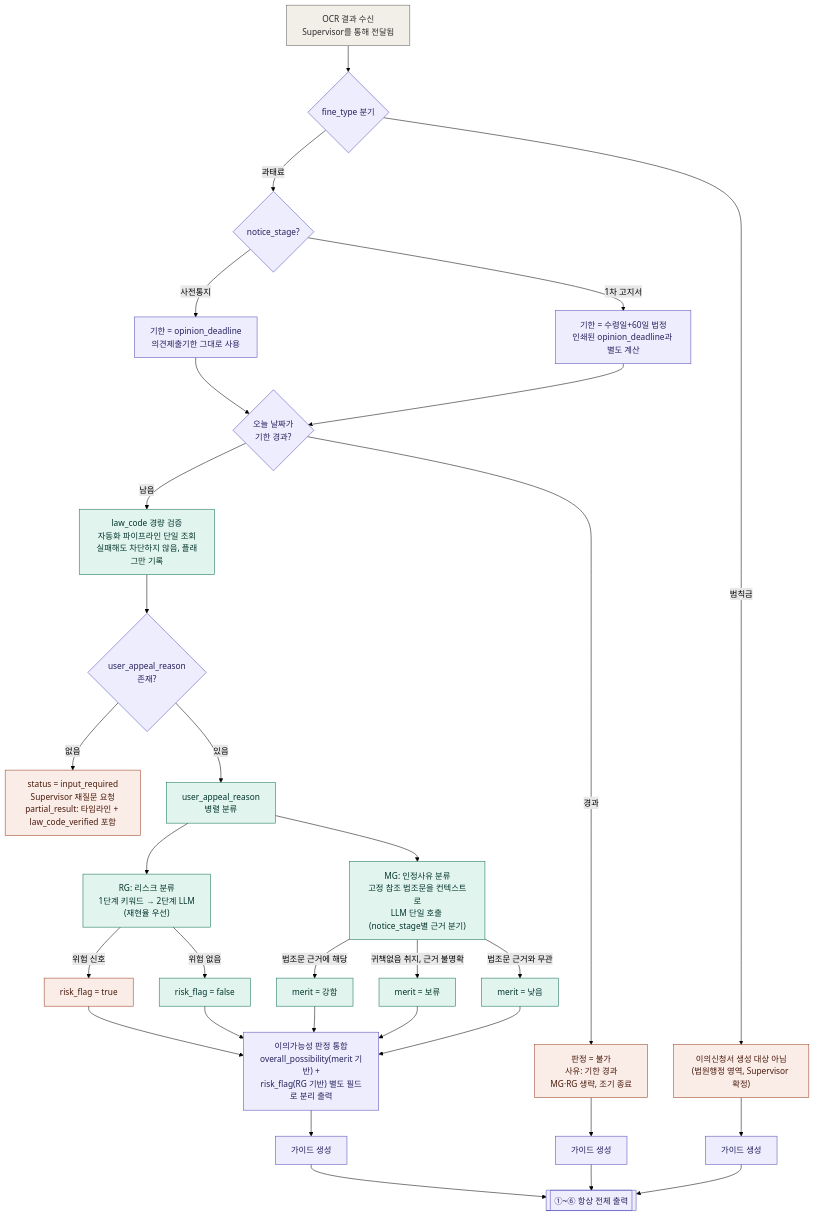
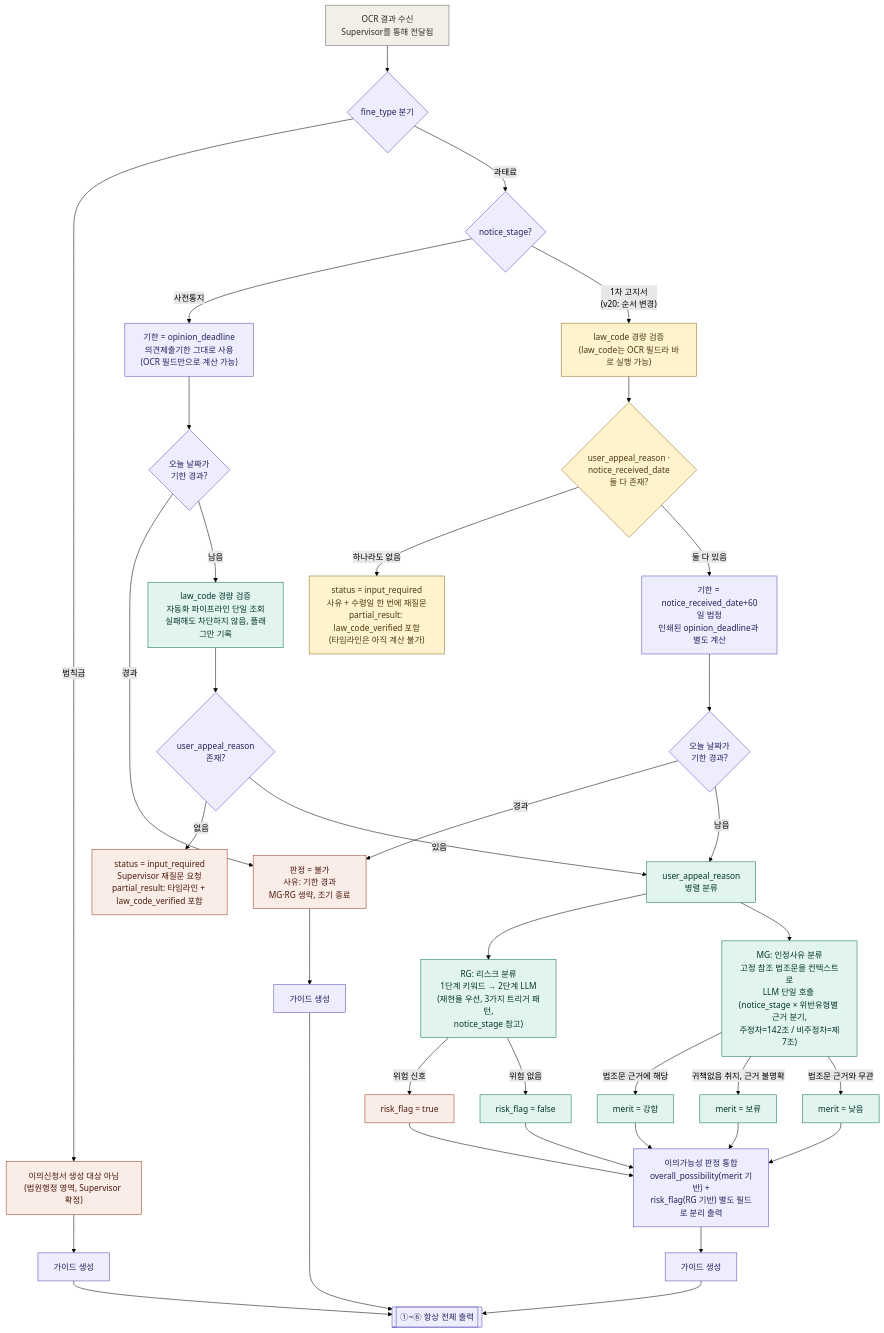
Before and after one commit to SKNETWORKS-FAMILY-AICAMP/SKN27-FINAL-3Team: the first of 2 diagrams in 설계문서/이의가능성_판단_에이전트_설계정리.md, drawn with Mermaid (forest theme). The commit also changed other lines of this file and 10 other files, not shown here.

````diff
--- a/설계문서/이의가능성_판단_에이전트_설계정리.md
+++ b/설계문서/이의가능성_판단_에이전트_설계정리.md
@@ -28,58 +28,66 @@
 ```mermaid
 flowchart TD
-    A[OCR 결과 수신<br/>Supervisor를 통해 전달됨]
-    A --> B{fine_type 분기}
+    A["OCR 결과 수신<br/>Supervisor를 통해 전달됨"]
+    A --> B{"fine_type 분기"}
 
-    B -->|범칙금| D["이의신청서 생성 대상 아님<br/>(법원행정 영역, Supervisor 확정)"]
-    B -->|과태료| ST{notice_stage?}
+    B -->|"범칙금"| D["이의신청서 생성 대상 아님<br/>(법원행정 영역, Supervisor 확정)"]
+    B -->|"과태료"| ST{"notice_stage?"}
 
-    ST -->|사전통지| DL1[기한 = opinion_deadline<br/>의견제출기한 그대로 사용]
-    ST -->|1차 고지서| DL2["기한 = 수령일+60일 법정<br/>인쇄된 opinion_deadline과 별도 계산"]
+    %% --- 사전통지 경로: opinion_deadline이 OCR 필드라 DCHK를 바로 계산 가능 (기존 순서 유지) ---
+    ST -->|"사전통지"| DL1["기한 = opinion_deadline<br/>의견제출기한 그대로 사용<br/>(OCR 필드만으로 계산 가능)"]
+    DL1 --> DCHK_A{"오늘 날짜가<br/>기한 경과?"}
+    DCHK_A -->|"경과"| DENY["판정 = 불가<br/>사유: 기한 경과<br/>MG·RG 생략, 조기 종료"]
+    DCHK_A -->|"남음"| LDB_CHECK["law_code 경량 검증<br/>자동화 파이프라인 단일 조회<br/>실패해도 차단하지 않음, 플래그만 기록"]
+    LDB_CHECK --> CHK_REASON{"user_appeal_reason<br/>존재?"}
+    CHK_REASON -->|"없음"| INPUT_REQ["status = input_required<br/>Supervisor 재질문 요청<br/>partial_result: 타임라인 + law_code_verified 포함"]
+    CHK_REASON -->|"있음"| PARALLEL["user_appeal_reason<br/>병렬 분류"]
 
-    DL1 --> DCHK{오늘 날짜가<br/>기한 경과?}
-    DL2 --> DCHK
+    %% --- 1차 고지서 경로 (v20): notice_received_date가 Supervisor 공급 필드라
+    %%     DCHK 계산 자체가 불가능하므로, 필드 존재 확인을 DCHK보다 앞으로 옮김 ---
+    ST -->|"1차 고지서<br/>(v20: 순서 변경)"| LDB_CHECK2["law_code 경량 검증<br/>(law_code는 OCR 필드라 바로 실행 가능)"]
+    LDB_CHECK2 --> CHK_FIELDS{"user_appeal_reason ·<br/>notice_received_date<br/>둘 다 존재?"}
+    CHK_FIELDS -->|"하나라도 없음"| INPUT_REQ2["status = input_required<br/>사유 + 수령일 한 번에 재질문<br/>partial_result: law_code_verified 포함<br/>(타임라인은 아직 계산 불가)"]
+    CHK_FIELDS -->|"둘 다 있음"| DL2["기한 = notice_received_date+60일 법정<br/>인쇄된 opinion_deadline과 별도 계산"]
+    DL2 --> DCHK_B{"오늘 날짜가<br/>기한 경과?"}
+    DCHK_B -->|"경과"| DENY
+    DCHK_B -->|"남음"| PARALLEL
 
-    DCHK -->|경과| DENY["판정 = 불가<br/>사유: 기한 경과<br/>MG·RG 생략, 조기 종료"]
-    DCHK -->|남음| LDB_CHECK["law_code 경량 검증<br/>자동화 파이프라인 단일 조회<br/>실패해도 차단하지 않음, 플래그만 기록"]
-    LDB_CHECK --> CHK_REASON{user_appeal_reason<br/>존재?}
+    PARALLEL --> RG["RG: 리스크 분류<br/>1단계 키워드 → 2단계 LLM<br/>(재현율 우선, 3가지 트리거 패턴,<br/>notice_stage 참고)"]
+    PARALLEL --> MG["MG: 인정사유 분류<br/>고정 참조 법조문을 컨텍스트로<br/>LLM 단일 호출 (notice_stage × 위반유형별 근거 분기,<br/>주정차=142조 / 비주정차=제7조)"]
 
-    CHK_REASON -->|없음| INPUT_REQ["status = input_required<br/>Supervisor 재질문 요청<br/>partial_result: 타임라인 + law_code_verified 포함"]
-    CHK_REASON -->|있음| PARALLEL[user_appeal_reason<br/>병렬 분류]
+    RG -->|"위험 신호"| RISK["risk_flag = true"]
+    RG -->|"위험 없음"| SAFE["risk_flag = false"]
 
-    PARALLEL --> RG["RG: 리스크 분류<br/>1단계 키워드 → 2단계 LLM<br/>(재현율 우선)"]
-    PARALLEL --> MG["MG: 인정사유 분류<br/>고정 참조 법조문을 컨텍스트로<br/>LLM 단일 호출 (notice_stage별 근거 분기)"]
-
-    RG -->|위험 신호| RISK[risk_flag = true]
-    RG -->|위험 없음| SAFE[risk_flag = false]
-
-    MG -->|법조문 근거에 해당| M_HIGH[merit = 강함]
-    MG -->|귀책없음 취지, 근거 불명확| M_HOLD[merit = 보류]
-    MG -->|법조문 근거와 무관| M_LOW[merit = 낮음]
+    MG -->|"법조문 근거에 해당"| M_HIGH["merit = 강함"]
+    MG -->|"귀책없음 취지, 근거 불명확"| M_HOLD["merit = 보류"]
+    MG -->|"법조문 근거와 무관"| M_LOW["merit = 낮음"]
 
     RISK & SAFE & M_HIGH & M_HOLD & M_LOW --> E["이의가능성 판정 통합<br/>overall_possibility(merit 기반) +<br/>risk_flag(RG 기반) 별도 필드로 분리 출력"]
 
-    DENY --> G2[가이드 생성]
-    E --> G[가이드 생성]
-    D --> G3[가이드 생성]
+    DENY --> G2["가이드 생성"]
+    E --> G["가이드 생성"]
+    D --> G3["가이드 생성"]
 
     G & G2 & G3 --> GOUT[["①~⑥ 항상 전체 출력"]]
 
     classDef input fill:#F1EFE8,stroke:#5F5E5A,color:#2C2C2A;
     classDef decision fill:#EEEDFE,stroke:#534AB7,color:#26215C;
     classDef track fill:#E1F5EE,stroke:#0F6E56,color:#04342C;
     classDef risk fill:#FAECE7,stroke:#993C1D,color:#4A1B0C;
     classDef safe fill:#E1F5EE,stroke:#0F6E56,color:#04342C;
     classDef output fill:#EEEDFE,stroke:#534AB7,color:#26215C;
     classDef excluded fill:#FAECE7,stroke:#993C1D,color:#4A1B0C;
+    classDef new fill:#FFF3CD,stroke:#8A6D1D,color:#4A3B0C;
 
     class A input;
-    class B,ST,DCHK,CHK_REASON decision;
+    class B,ST,DCHK_A,DCHK_B,CHK_REASON decision;
     class DL1,DL2 decision;
     class PARALLEL,RG,MG track;
     class D,DENY,INPUT_REQ excluded;
     class LDB_CHECK track;
     class RISK risk;
     class SAFE,M_HIGH safe;
     class M_HOLD,M_LOW track;
     class E,G,G2,G3,GOUT output;
+    class LDB_CHECK2,CHK_FIELDS,INPUT_REQ2 new;
 ```
````
